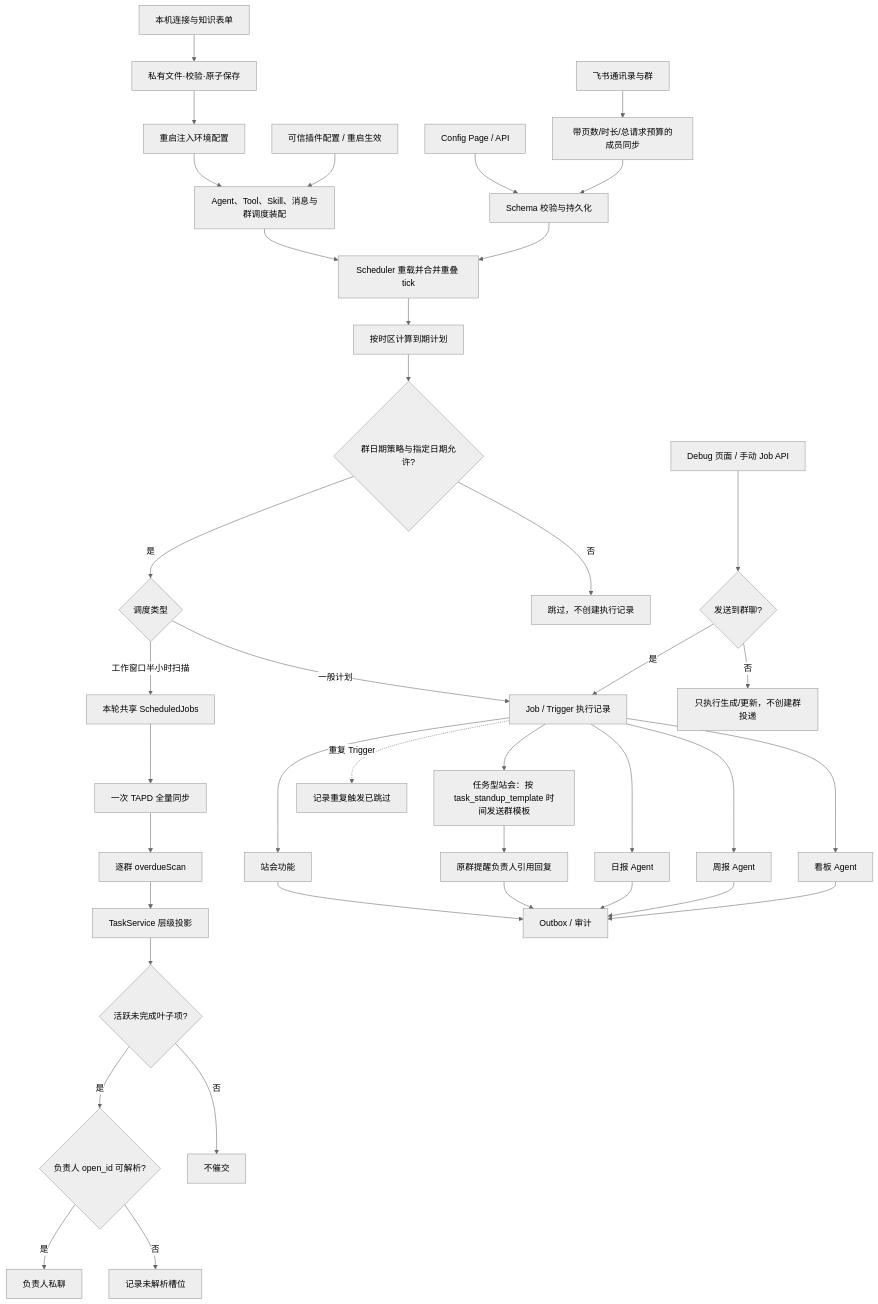
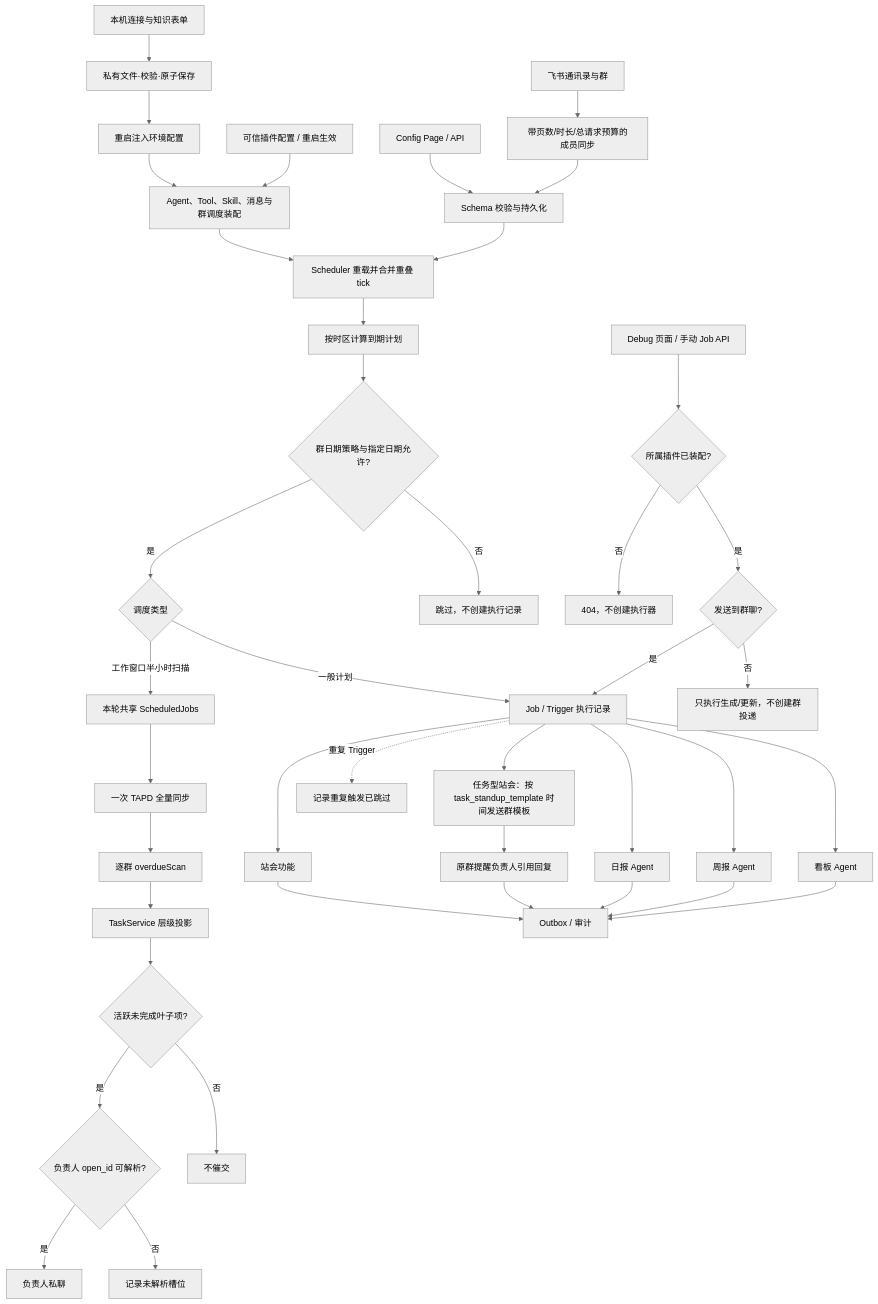
The diagram in backend/src/core/configuration-scheduling/FEATURE.md (KlayPeter/AI-Delivery-Ops-Agent), drawn with Mermaid (neutral theme) before and after one commit. The commit also changed other lines of this file and 39 other files, not shown here.

````diff
--- a/backend/src/core/configuration-scheduling/FEATURE.md
+++ b/backend/src/core/configuration-scheduling/FEATURE.md
@@ -21,41 +21,43 @@
 ```mermaid
 flowchart TD
     LC[本机连接与知识表单] --> LF[私有文件·校验·原子保存]
     LF --> BOOT[重启注入环境配置]
     BOOT --> PH
     PC["可信插件配置 / 重启生效"] --> PH["Agent、Tool、Skill、消息与群调度装配"]
     PH --> E
     A["Config Page / API"] --> B["Schema 校验与持久化"]
     C["飞书通讯录与群"] --> D["带页数/时长/总请求预算的成员同步"]
     D --> B
     B --> E["Scheduler 重载并合并重叠 tick"]
     E --> F["按时区计算到期计划"]
     F --> HC{"群日期策略与指定日期允许?"}
     HC -- "是" --> L{"调度类型"}
     HC -- "否" --> HS["跳过，不创建执行记录"]
     L -- "一般计划" --> G["Job / Trigger 执行记录"]
     L -- "工作窗口半小时扫描" --> S["本轮共享 ScheduledJobs"]
     S --> T["一次 TAPD 全量同步"]
     T --> M["逐群 overdueScan"]
     M --> P["TaskService 层级投影"]
     P --> Q{"活跃未完成叶子项?"}
     Q -- "是" --> V{"负责人 open_id 可解析?"}
     Q -- "否" --> R["不催交"]
     V -- "是" --> N["负责人私聊"]
     V -- "否" --> U["记录未解析槽位"]
     G --> H["站会功能"]
     G --> I["日报 Agent"]
     G --> W["周报 Agent"]
     G --> J["看板 Agent"]
-    D2["Debug 页面 / 手动 Job API"] --> G2{"发送到群聊?"}
+    D2["Debug 页面 / 手动 Job API"] --> OWNER{所属插件已装配?}
+    OWNER -- 否 --> REJECT[404，不创建执行器]
+    OWNER -- 是 --> G2{"发送到群聊?"}
     G2 -- "是" --> G
     G2 -- "否" --> U2["只执行生成/更新，不创建群投递"]
     H --> K["Outbox / 审计"]
     G --> TS["任务型站会：按 task_standup_template 时间发送群模板"]
     TS --> TR["原群提醒负责人引用回复"]
     TR --> K
     I --> K
     W --> K
     J --> K
     G -. "重复 Trigger" .-> X["记录重复触发已跳过"]
 ```
````
